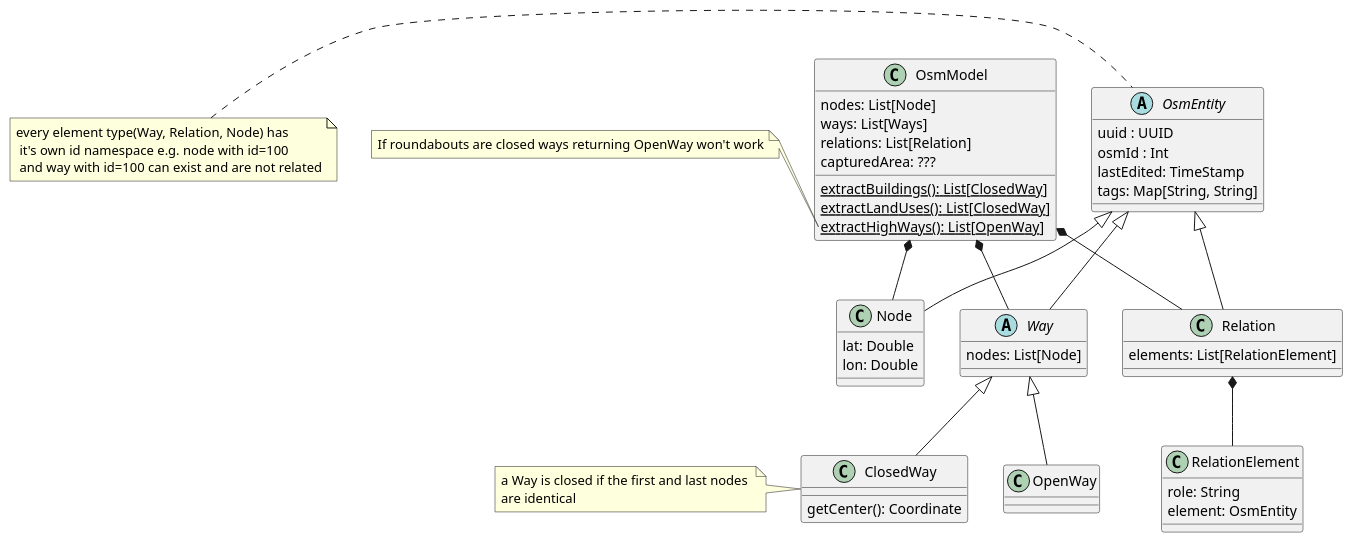
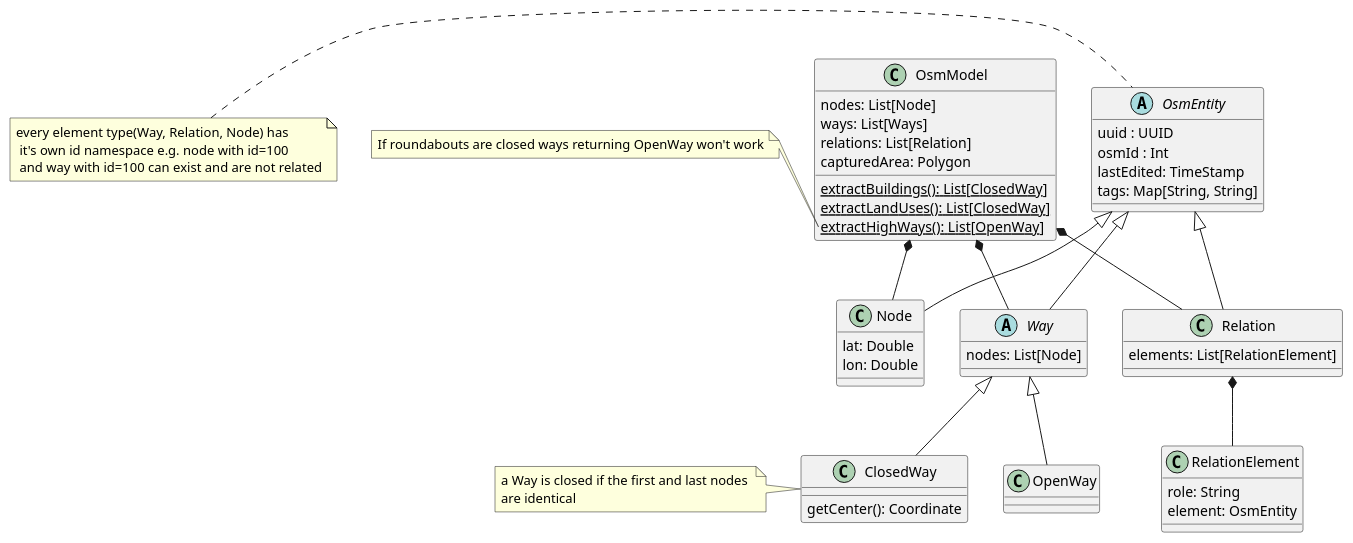
The diagram in docs/OsmModel.puml (ie3-institute/PowerSystemUtils), drawn with PlantUML before and after one commit.

Commit message:
adjust puml(uff)

```diff
--- a/docs/OsmModel.puml
+++ b/docs/OsmModel.puml
@@ -1,63 +1,63 @@
 @startuml
 
 class OsmModel {
     nodes: List[Node]
     ways: List[Ways]
     relations: List[Relation]
-    capturedArea: ???
+    capturedArea: Polygon
     {static} extractBuildings(): List[ClosedWay]
     {static} extractLandUses(): List[ClosedWay]
     {static} extractHighWays(): List[OpenWay]
 }
 note left of OsmModel::"extractHighWays(): List[OpenWay]"
     If roundabouts are closed ways returning OpenWay won't work
 end note
 
 abstract Class OsmEntity {
     uuid : UUID
     osmId : Int
     lastEdited: TimeStamp
     tags: Map[String, String]
 }
 note left: every element type(Way, Relation, Node) has \n it's own id namespace e.g. node with id=100 \n and way with id=100 can exist and are not related
 
 
 Class Node {
     lat: Double
     lon: Double
 }
 
 abstract Class Way {
     nodes: List[Node]
 }
 
 Class OpenWay {
 }
 
 Class ClosedWay {
     getCenter(): Coordinate
 }
 note left: a Way is closed if the first and last nodes \nare identical
 
 Class Relation {
     elements: List[RelationElement]
 }
 
 Class RelationElement {
     role: String
     element: OsmEntity
 }
 
 
 OsmModel *-- Node
 OsmModel *-- Way
 OsmModel *-- Relation
 OsmEntity <|-- Node
 OsmEntity <|-- Way
 OsmEntity <|-- Relation
 Relation *-- RelationElement
 Way <|-- OpenWay
 Way <|-- ClosedWay
 
 
 @enduml
```
